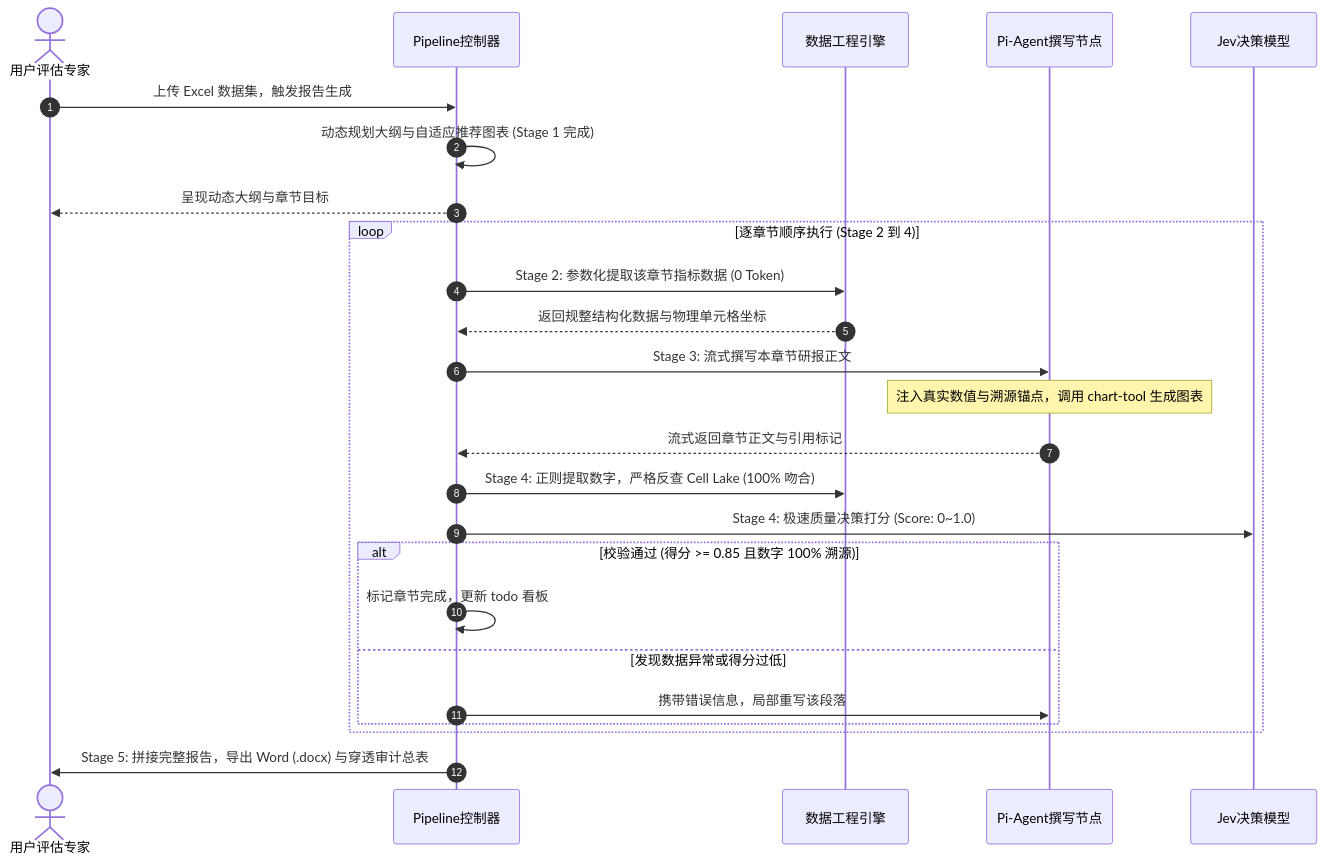
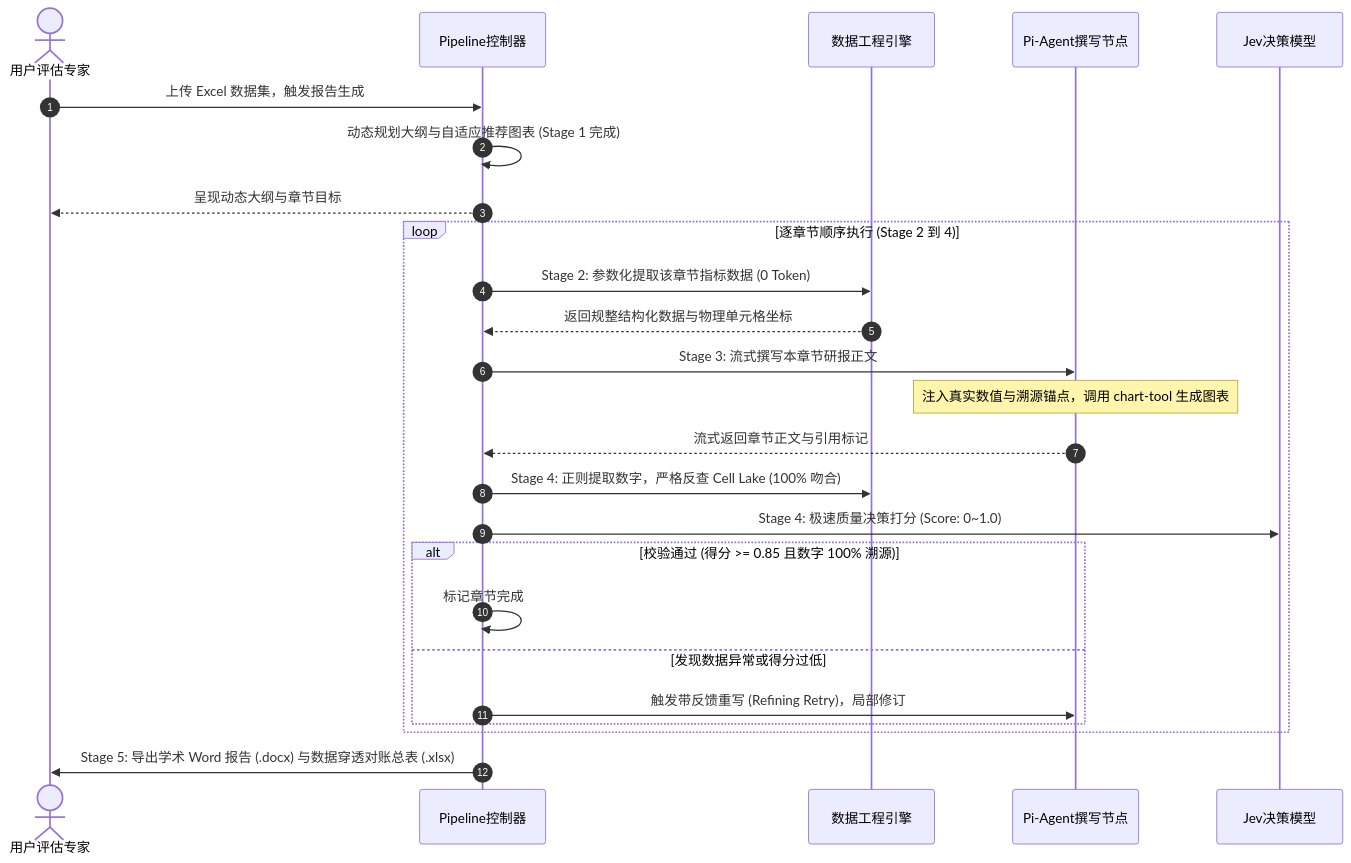
The second of 3 diagrams in excel_report_agent_system_architecture.md (yvemiz/excel_report_version2), drawn with Mermaid before and after one commit. The commit also changed other lines of this file and 29 other files, not shown here.

````diff
--- a/excel_report_agent_system_architecture.md
+++ b/excel_report_agent_system_architecture.md
@@ -146,33 +158,33 @@
 ```mermaid
 sequenceDiagram
     autonumber
     actor User as 用户评估专家
     participant Pipe as Pipeline控制器
     participant Data as 数据工程引擎
     participant Pi as Pi-Agent撰写节点
     participant Jev as Jev决策模型
 
     User->>Pipe: 上传 Excel 数据集，触发报告生成
     Pipe->>Pipe: 动态规划大纲与自适应推荐图表 (Stage 1 完成)
     Pipe-->>User: 呈现动态大纲与章节目标
 
     loop 逐章节顺序执行 (Stage 2 到 4)
         Pipe->>Data: Stage 2: 参数化提取该章节指标数据 (0 Token)
         Data-->>Pipe: 返回规整结构化数据与物理单元格坐标
         
         Pipe->>Pi: Stage 3: 流式撰写本章节研报正文
         Note over Pi: 注入真实数值与溯源锚点，调用 chart-tool 生成图表
         Pi-->>Pipe: 流式返回章节正文与引用标记
         
         Pipe->>Data: Stage 4: 正则提取数字，严格反查 Cell Lake (100% 吻合)
         Pipe->>Jev: Stage 4: 极速质量决策打分 (Score: 0~1.0)
         
         alt 校验通过 (得分 >= 0.85 且数字 100% 溯源)
-            Pipe->>Pipe: 标记章节完成，更新 todo 看板
+            Pipe->>Pipe: 标记章节完成
         else 发现数据异常或得分过低
-            Pipe->>Pi: 携带错误信息，局部重写该段落
+            Pipe->>Pi: 触发带反馈重写 (Refining Retry)，局部修订
         end
     end
 
-    Pipe->>User: Stage 5: 拼接完整报告，导出 Word (.docx) 与穿透审计总表
+    Pipe->>User: Stage 5: 导出学术 Word 报告 (.docx) 与数据穿透对账总表 (.xlsx)
 ```
````
